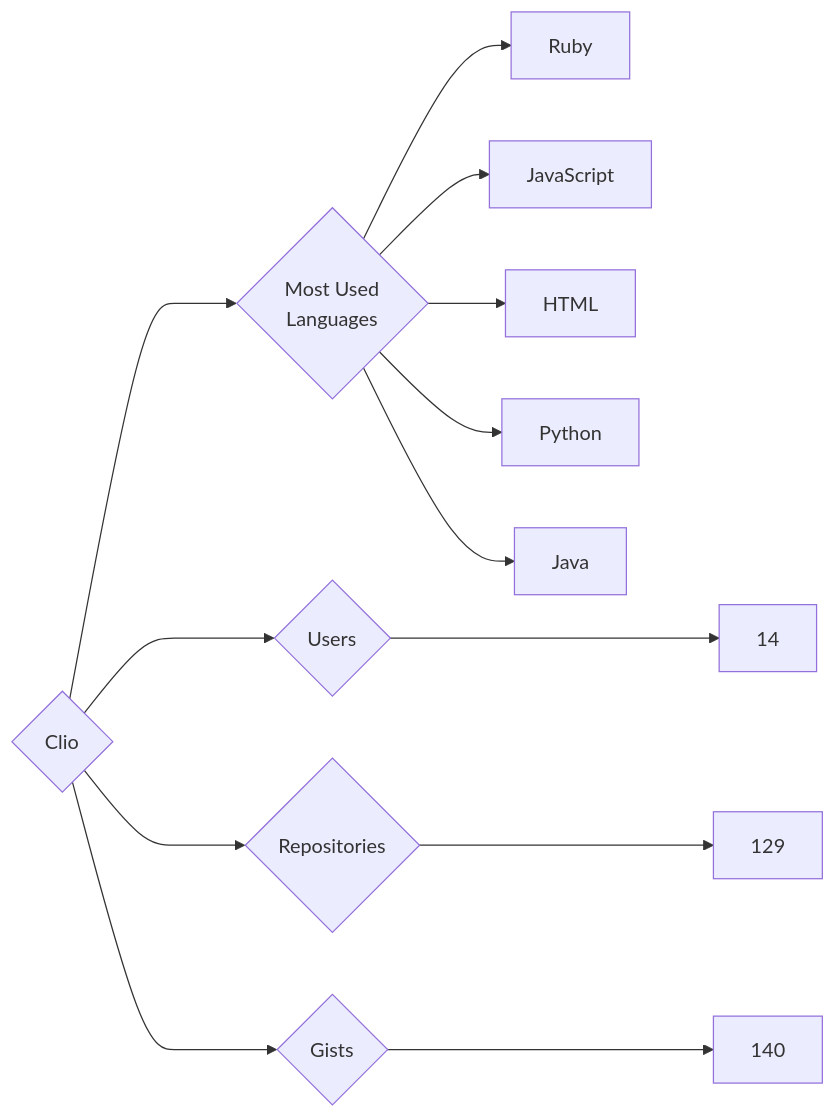
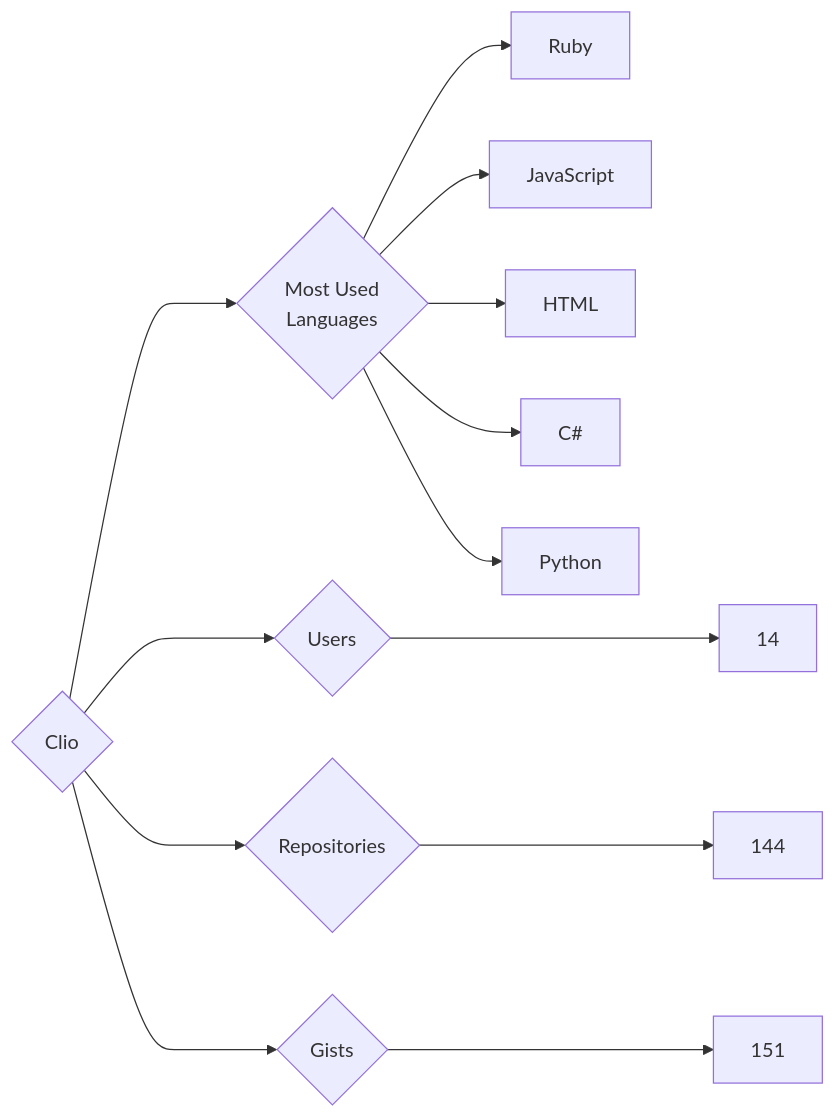
One commit to trickest/insiders changed the diagram in targets/Clio/README.md. Above: the diagram before and after it, drawn with Mermaid. The commit also changed 1238 other files, not shown here.

````diff
--- a/targets/Clio/README.md
+++ b/targets/Clio/README.md
@@ -3,13 +3,13 @@
 ```mermaid
 graph LR
 COMPANY_NAME{Clio}
 COMPANY_NAME ---> U{Users} ---> UN[14]
-COMPANY_NAME ---> R{Repositories} ---> RN[129]
-COMPANY_NAME ---> G{Gists} ---> GN[140]
+COMPANY_NAME ---> R{Repositories} ---> RN[144]
+COMPANY_NAME ---> G{Gists} ---> GN[151]
 COMPANY_NAME ---> ML{Most Used<br>Languages}
 ML --> Ruby[Ruby]
 ML --> JavaScript[JavaScript]
 ML --> HTML[HTML]
+ML --> C#[C#]
 ML --> Python[Python]
-ML --> Java[Java]
 ```
````
